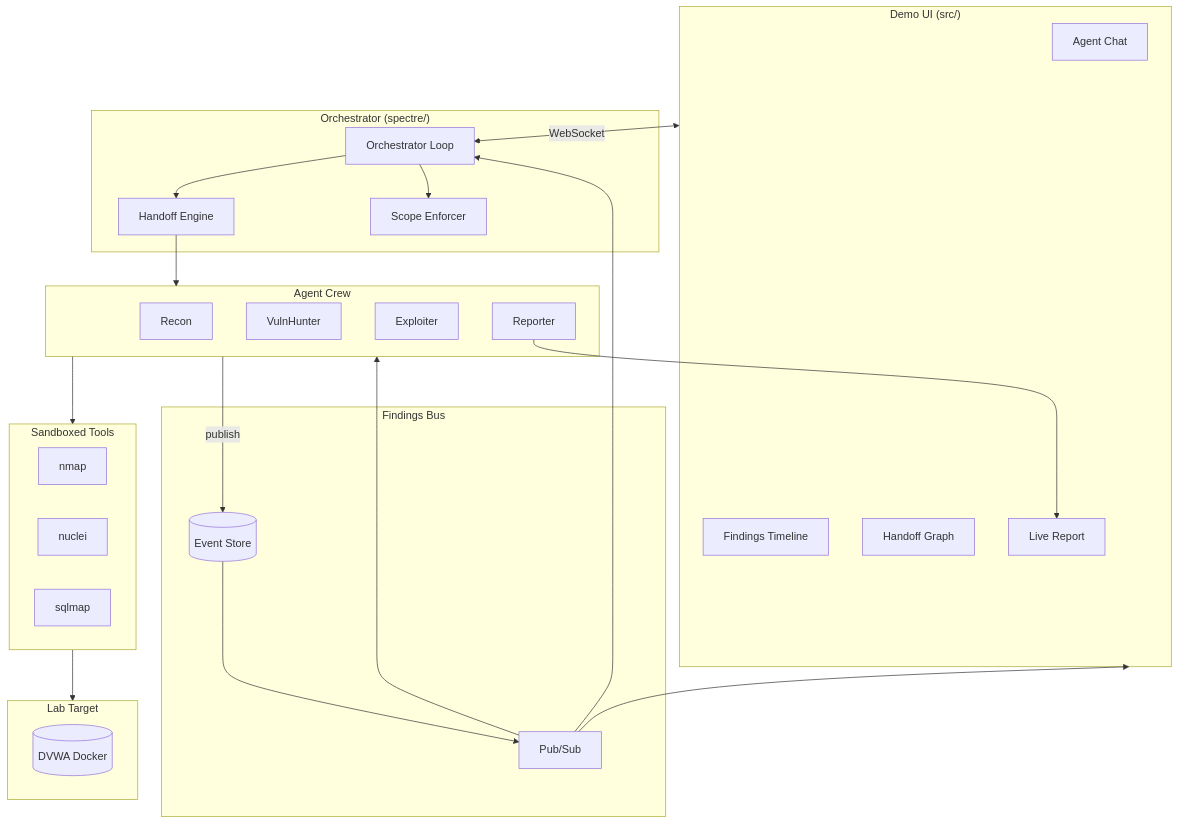
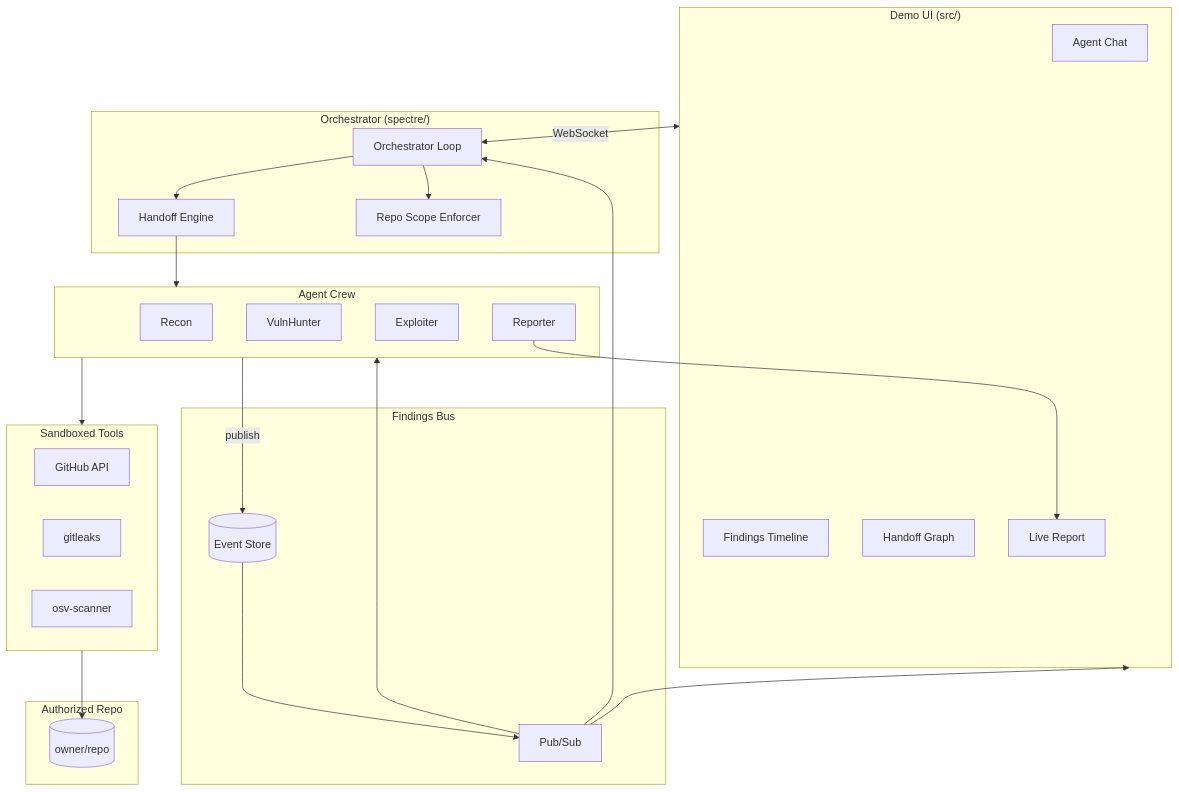
One commit to tmestery/SPECTRE changed the diagram in docs/local/local-arch-overview.md. Above: the diagram before and after it, drawn with Mermaid. The commit also changed other lines of this file and 27 other files, not shown here.

First line of the commit message:
Pivot SPECTRE v1 target from DVWA to GitHub repo auditing.

````diff
--- a/docs/local/local-arch-overview.md
+++ b/docs/local/local-arch-overview.md
@@ -21,50 +21,50 @@
 ```mermaid
 flowchart TB
     subgraph UI["Demo UI (src/)"]
         Chat[Agent Chat]
         Timeline[Findings Timeline]
         Graph[Handoff Graph]
         Report[Live Report]
     end
 
     subgraph Core["Orchestrator (spectre/)"]
         Orch[Orchestrator Loop]
         Handoff[Handoff Engine]
-        Safety[Scope Enforcer]
+        Safety[Repo Scope Enforcer]
     end
 
     subgraph Agents["Agent Crew"]
         Recon[Recon]
         Vuln[VulnHunter]
         Exploit[Exploiter]
         Reporter[Reporter]
     end
 
     subgraph Bus["Findings Bus"]
         Store[(Event Store)]
         PubSub[Pub/Sub]
     end
 
     subgraph Tools["Sandboxed Tools"]
-        Nmap[nmap]
-        Nuclei[nuclei]
-        Sqlmap[sqlmap]
+        GH[GitHub API]
+        Gitleaks[gitleaks]
+        OSV[osv-scanner]
     end
 
-    subgraph Lab["Lab Target"]
-        DVWA[(DVWA Docker)]
+    subgraph Target["Authorized Repo"]
+        Repo[(owner/repo)]
     end
 
     UI <-->|WebSocket| Orch
     Orch --> Handoff
     Orch --> Safety
     Handoff --> Agents
     Agents --> Tools
-    Tools --> Lab
+    Tools --> Repo
     Agents -->|publish| Store
     Store --> PubSub
     PubSub --> Agents
     PubSub --> Orch
     PubSub --> UI
     Reporter --> Report
 ```
````
